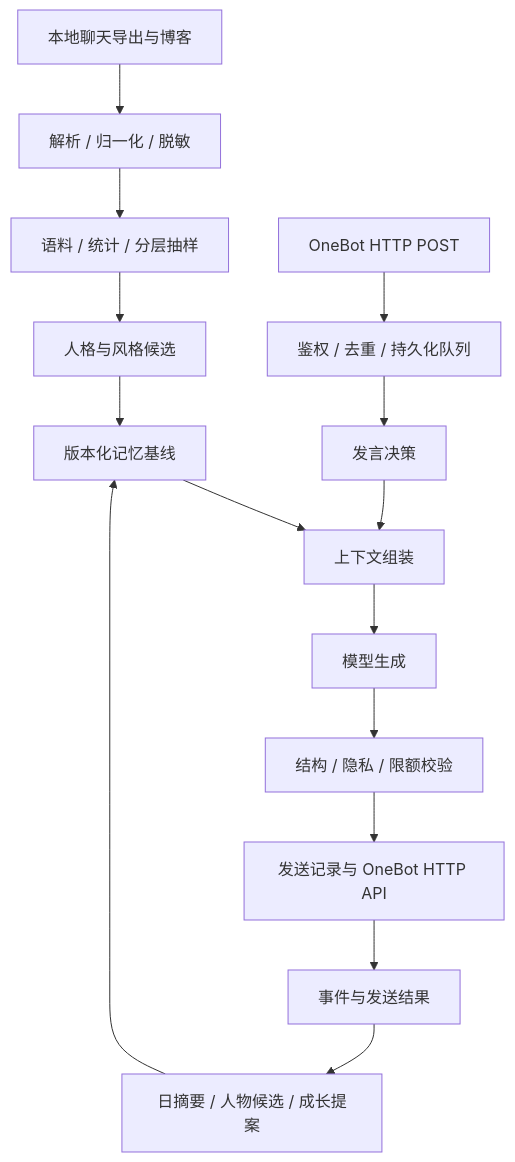
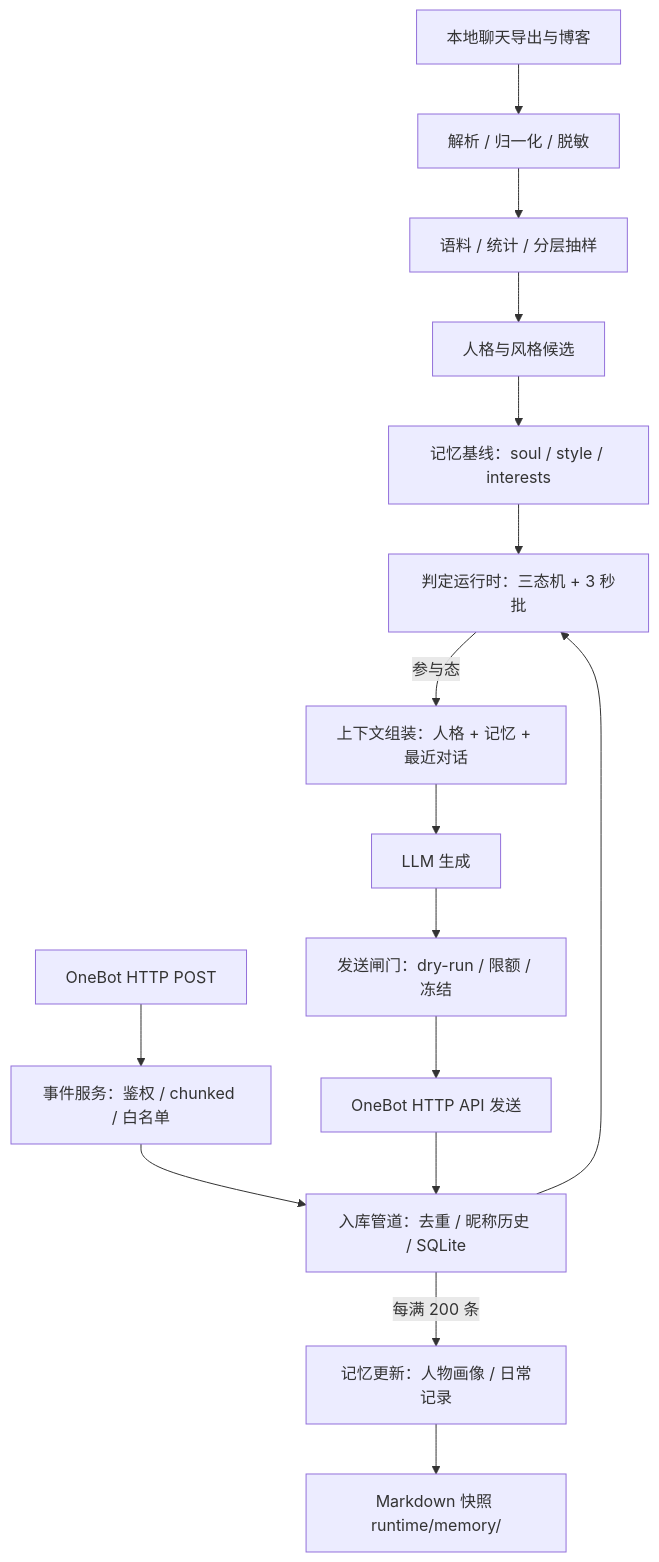
The diagram in docs/architecture.md (solaHsu/OhanaBot), drawn with Mermaid before and after one commit. The commit also changed other lines of this file and 7 other files, not shown here.

````diff
--- a/docs/architecture.md
+++ b/docs/architecture.md
@@ -24,17 +24,19 @@
 ```mermaid
 flowchart TD
     A[本地聊天导出与博客] --> B[解析 / 归一化 / 脱敏]
     B --> C[语料 / 统计 / 分层抽样]
     C --> D[人格与风格候选]
-    D --> E[版本化记忆基线]
-    F[OneBot HTTP POST] --> G[鉴权 / 去重 / 持久化队列]
-    G --> H[发言决策]
-    E --> I[上下文组装]
+    D --> E[记忆基线：soul / style / interests]
+
+    F[OneBot HTTP POST] --> G[事件服务：鉴权 / chunked / 白名单]
+    G --> H[入库管道：去重 / 昵称历史 / SQLite]
+    E --> I[判定运行时：三态机 + 3 秒批]
     H --> I
-    I --> J[模型生成]
-    J --> K[结构 / 隐私 / 限额校验]
-    K --> L[发送记录与 OneBot HTTP API]
-    L --> M[事件与发送结果]
-    M --> N[日摘要 / 人物候选 / 成长提案]
-    N --> E
+    I -- 参与态 --> J[上下文组装：人格 + 记忆 + 最近对话]
+    J --> K[LLM 生成]
+    K --> L[发送闸门：dry-run / 限额 / 冻结]
+    L --> M[OneBot HTTP API 发送]
+    M --> H
+    H -- 每满 200 条 --> N[记忆更新：人物画像 / 日常记录]
+    N --> O[Markdown 快照 runtime/memory/]
 ```
````
